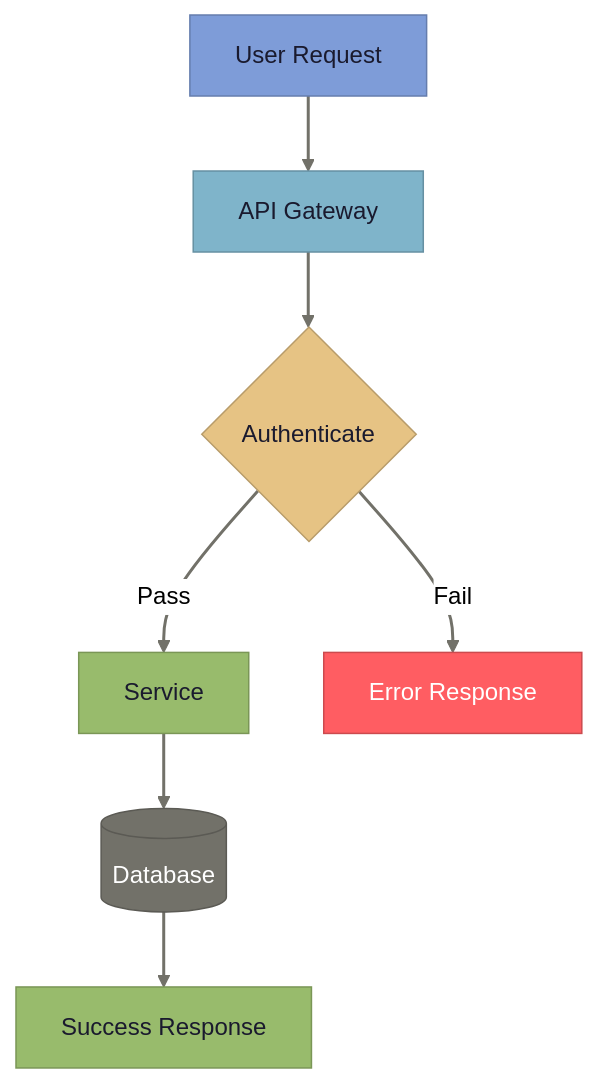
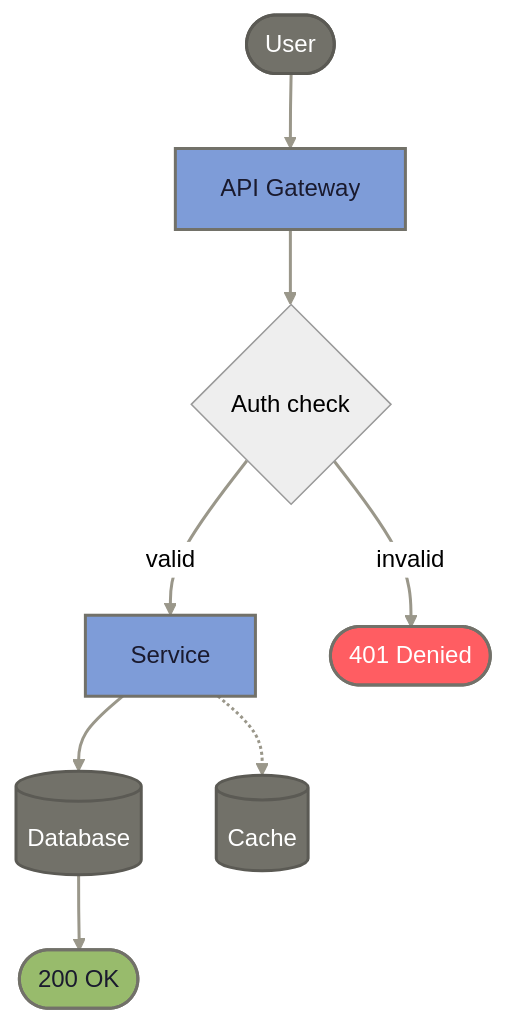
Diagram 15 of 24 in creating-mermaid-diagrams/skills/creating-mermaid-diagrams/references/themes.md (mdsakalu/agent-plugins), drawn with Mermaid (neutral theme) before and after one commit. The commit also changed other lines of this file and 4 other files, not shown here.

First line of the commit message:
refactor(creating-mermaid-diagrams): design-driven styling overhaul

````diff
--- a/creating-mermaid-diagrams/skills/creating-mermaid-diagrams/references/themes.md
+++ b/creating-mermaid-diagrams/skills/creating-mermaid-diagrams/references/themes.md
@@ -562,26 +655,18 @@
 ```mermaid
 flowchart TD
-    user["User Request"] --> api["API Gateway"]
-    api --> auth{"Authenticate"}
-    auth -->|Pass| service["Service"]
-    auth -->|Fail| error["Error Response"]
-    service --> db[("Database")]
-    db --> response["Success Response"]
+    user(["User"]) ==> api["API Gateway"] ==> auth{"Auth check"}
+    auth == valid ==> svc["Service"] ==> db[("Database")] ==> res(["200 OK"])
+    auth -- invalid --> err(["401 Denied"])
+    svc -.-> cache[("Cache")]
 
-    classDef primary fill:#7E9CD8,stroke:#657dad,color:#1a1a2e
-    classDef secondary fill:#727169,stroke:#5b5a54,color:#ffffff
-    classDef success fill:#98BB6C,stroke:#7a9656,color:#1a1a2e
-    classDef warning fill:#E6C384,stroke:#b89c6a,color:#1a1a2e
-    classDef danger fill:#FF5D62,stroke:#cc4a4e,color:#ffffff
-    classDef info fill:#7FB4CA,stroke:#6690a2,color:#1a1a2e
+    classDef primary fill:#7E9CD8,stroke:#727169,stroke-width:2px,color:#1a1a2e
+    classDef muted fill:#727169,stroke:#5b5a54,stroke-width:2px,color:#ffffff
+    classDef success fill:#98BB6C,stroke:#727169,stroke-width:2px,color:#1a1a2e
+    classDef danger fill:#FF5D62,stroke:#727169,stroke-width:2px,color:#ffffff
+    linkStyle default stroke:#9a978a,stroke-width:2px
 
-    linkStyle default stroke:#727169,stroke-width:2px
-
-    class user primary
-    class api info
-    class auth warning
-    class service success
-    class error danger
-    class db secondary
-    class response success
+    class api,svc primary
+    class user,db,cache muted
+    class res success
+    class err danger
 ```
````
